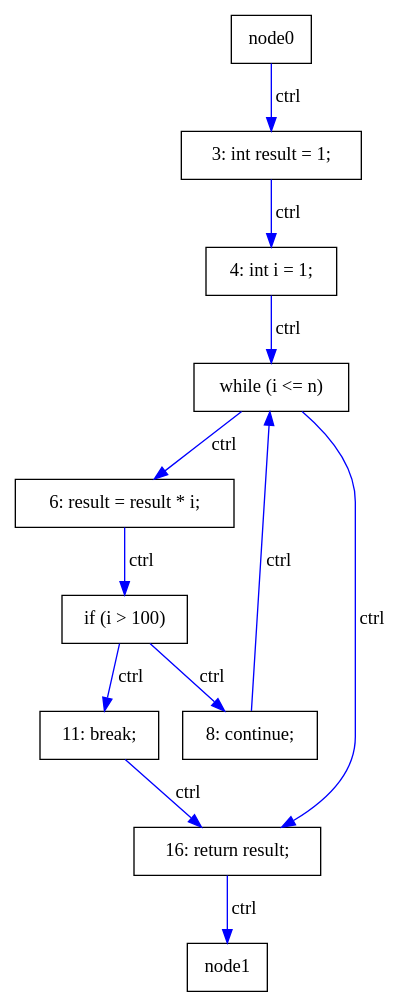
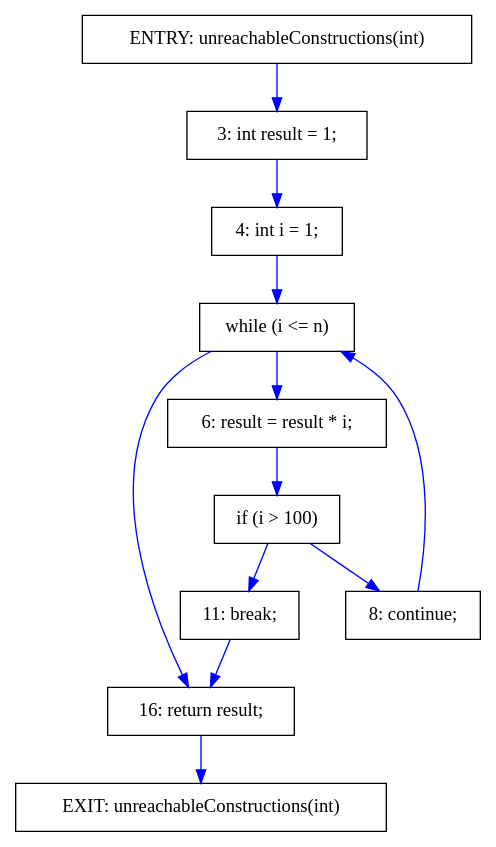
Before and after one commit to khaser/java-pdg: the diagram in results/UnreachableConstructions.dot, drawn with Graphviz. The commit also changed 21 other files, not shown here.

```diff
--- a/results/UnreachableConstructions.dot
+++ b/results/UnreachableConstructions.dot
@@ -1,25 +1,27 @@
 digraph PDG {
   rankdir=TB;
   node [shape=box];
 
+  node0 [label="ENTRY: unreachableConstructions(int)"];
+  node1 [label="EXIT: unreachableConstructions(int)"];
   node2 [label="3: int result = 1;"];
   node3 [label="4: int i = 1;"];
   node4 [label="while (i <= n)"];
   node5 [label="6: result = result * i;"];
   node6 [label="if (i > 100)"];
   node7 [label="8: continue;"];
   node9 [label="11: break;"];
   node12 [label="16: return result;"];
 
-  node6 -> node7 [label="ctrl", color=blue];
-  node6 -> node9 [label="ctrl", color=blue];
-  node4 -> node5 [label="ctrl", color=blue];
-  node0 -> node2 [label="ctrl", color=blue];
-  node2 -> node3 [label="ctrl", color=blue];
-  node3 -> node4 [label="ctrl", color=blue];
-  node4 -> node12 [label="ctrl", color=blue];
-  node5 -> node6 [label="ctrl", color=blue];
-  node7 -> node4 [label="ctrl", color=blue];
-  node9 -> node12 [label="ctrl", color=blue];
-  node12 -> node1 [label="ctrl", color=blue];
+  node6 -> node7 [label="", color=blue];
+  node6 -> node9 [label="", color=blue];
+  node4 -> node5 [label="", color=blue];
+  node0 -> node2 [label="", color=blue];
+  node2 -> node3 [label="", color=blue];
+  node3 -> node4 [label="", color=blue];
+  node4 -> node12 [label="", color=blue];
+  node5 -> node6 [label="", color=blue];
+  node7 -> node4 [label="", color=blue];
+  node9 -> node12 [label="", color=blue];
+  node12 -> node1 [label="", color=blue];
 }
```
